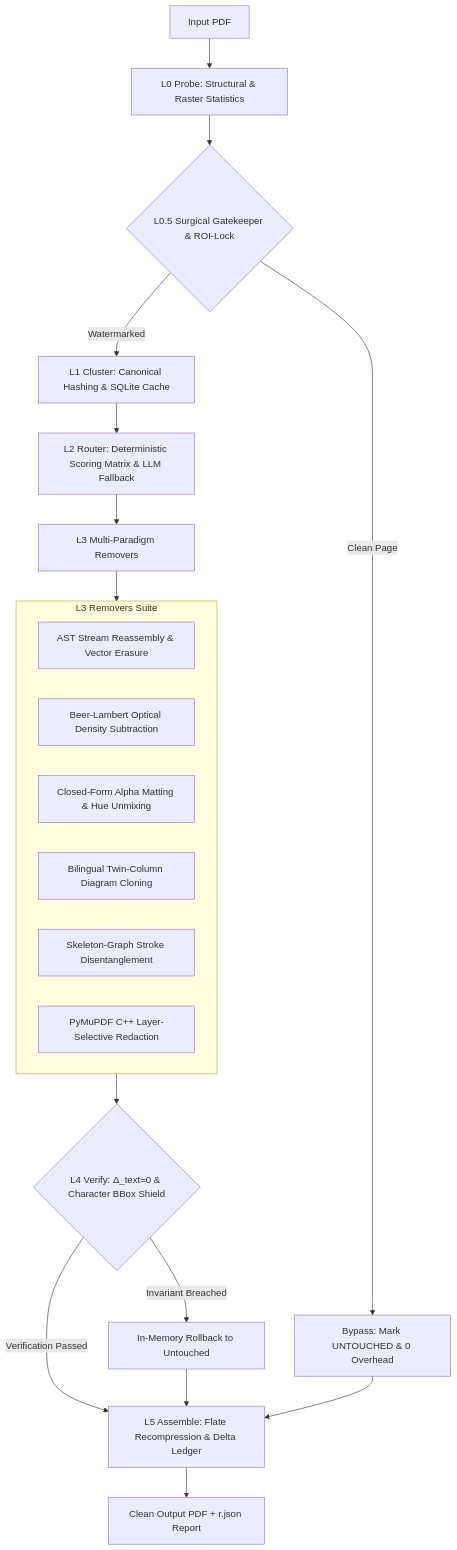
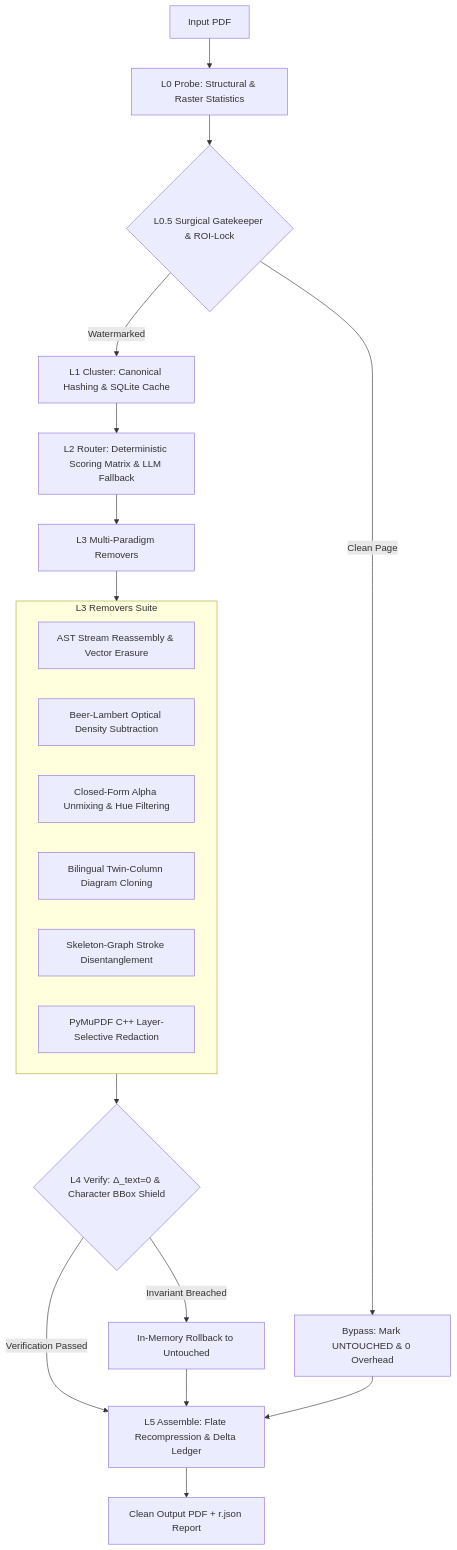
One commit to Dev-Solanki-09/Watermark-Remover-Agentic-Tool changed the diagram in README.md. Above: the diagram before and after it, drawn with Mermaid. The commit also changed other lines of this file and 45 other files, not shown here.

````diff
--- a/README.md
+++ b/README.md
@@ -63,24 +88,24 @@
 ```mermaid
 flowchart TD
     IN[Input PDF] --> L0[L0 Probe: Structural & Raster Statistics]
     L0 --> L05{L0.5 Surgical Gatekeeper & ROI-Lock}
     L05 -- Clean Page --> UNTOUCHED[Bypass: Mark UNTOUCHED & 0 Overhead]
     L05 -- Watermarked --> L1[L1 Cluster: Canonical Hashing & SQLite Cache]
     L1 --> L2[L2 Router: Deterministic Scoring Matrix & LLM Fallback]
     L2 --> L3[L3 Multi-Paradigm Removers]
     subgraph L3_Removers[L3 Removers Suite]
         L3A[AST Stream Reassembly & Vector Erasure]
         L3B[Beer-Lambert Optical Density Subtraction]
-        L3C[Closed-Form Alpha Matting & Hue Unmixing]
+        L3C[Closed-Form Alpha Unmixing & Hue Filtering]
         L3D[Bilingual Twin-Column Diagram Cloning]
         L3E[Skeleton-Graph Stroke Disentanglement]
         L3F[PyMuPDF C++ Layer-Selective Redaction]
     end
     L3 --> L3_Removers
     L3_Removers --> L4{L4 Verify: Δ_text=0 & Character BBox Shield}
     L4 -- Verification Passed --> L5[L5 Assemble: Flate Recompression & Delta Ledger]
     L4 -- Invariant Breached --> ROLLBACK[In-Memory Rollback to Untouched]
     ROLLBACK --> L5
     UNTOUCHED --> L5
     L5 --> OUT[Clean Output PDF + r.json Report]
 ```
````
